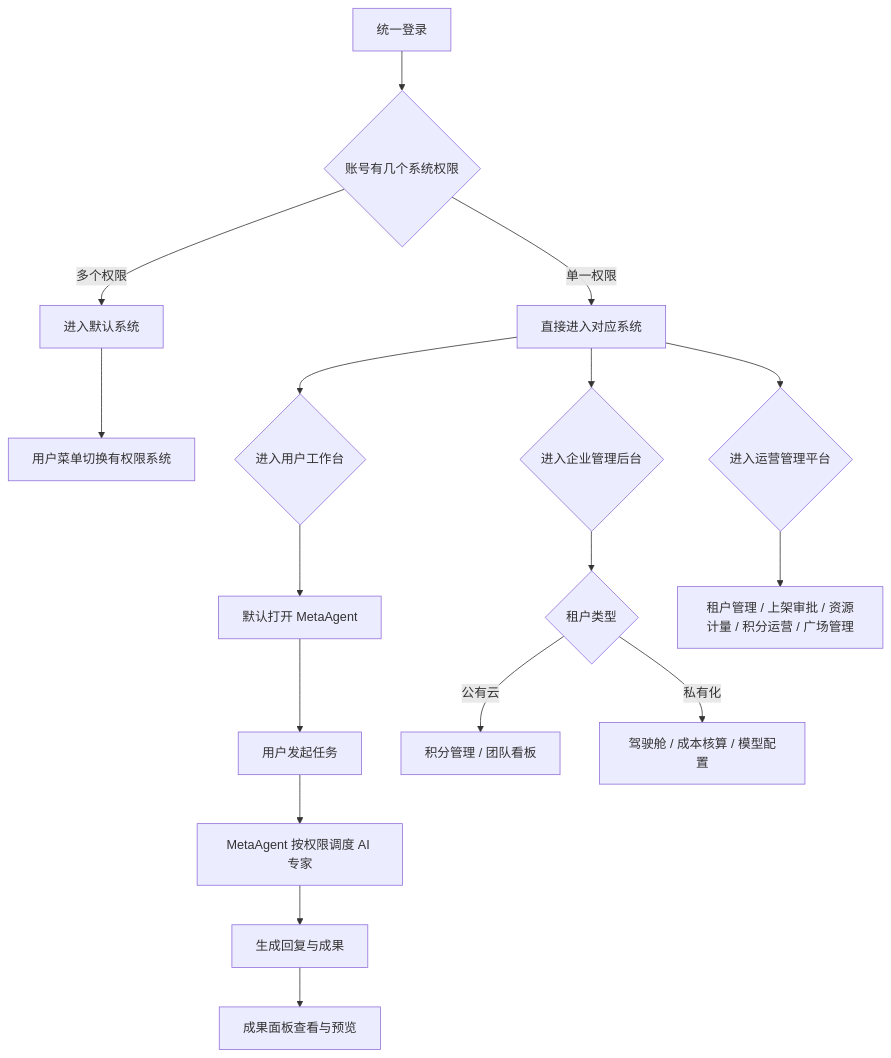
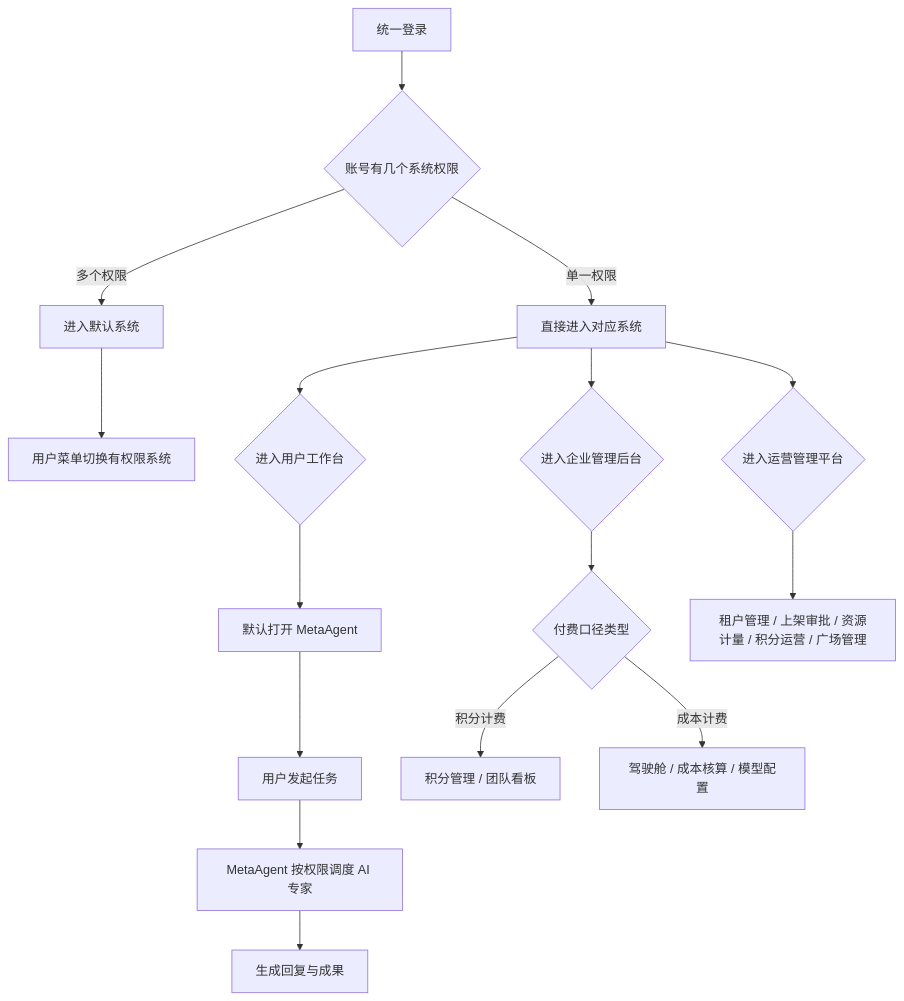
The diagram in Frontis AI · V0.6 PRD.md (wanquanY/Frontis_prd), drawn with Mermaid before and after one commit. The commit also changed other lines of this file and 7 other files, not shown here.

````diff
--- a/Frontis AI · V0.6 PRD.md
+++ b/Frontis AI · V0.6 PRD.md
@@ -128,19 +129,18 @@
 ```mermaid
 flowchart TD
   A["统一登录"] --> B{"账号有几个系统权限"}
   B -->|单一权限| C["直接进入对应系统"]
   B -->|多个权限| D["进入默认系统"]
   D --> E["用户菜单切换有权限系统"]
   C --> F{"进入用户工作台"}
   F --> G["默认打开 MetaAgent"]
   G --> H["用户发起任务"]
   H --> I["MetaAgent 按权限调度 AI 专家"]
   I --> J["生成回复与成果"]
-  J --> K["成果面板查看与预览"]
   C --> L{"进入企业管理后台"}
-  L --> M{"租户类型"}
-  M -->|公有云| N["积分管理 / 团队看板"]
-  M -->|私有化| O["驾驶舱 / 成本核算 / 模型配置"]
+  L --> M{"付费口径类型"}
+  M -->|积分计费| N["积分管理 / 团队看板"]
+  M -->|成本计费| O["驾驶舱 / 成本核算 / 模型配置"]
   C --> P{"进入运营管理平台"}
   P --> Q["租户管理 / 上架审批 / 资源计量 / 积分运营 / 广场管理"]
 ```
````
